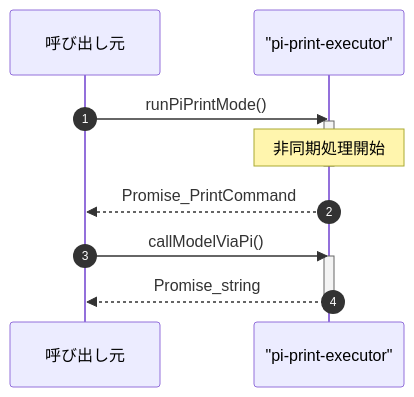
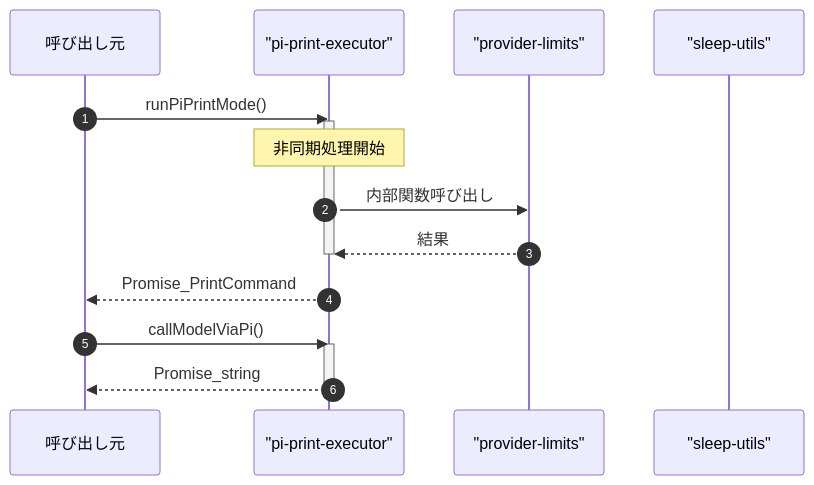
The fourth of 4 diagrams in ABDD/.pi/extensions/shared/pi-print-executor.md (Mekann2904/mekann), drawn with Mermaid before and after one commit. The commit also changed other lines of this file and 205 other files, not shown here.

````diff
--- a/ABDD/.pi/extensions/shared/pi-print-executor.md
+++ b/ABDD/.pi/extensions/shared/pi-print-executor.md
@@ -105,17 +157,21 @@
 ```mermaid
 sequenceDiagram
   autonumber
   participant Caller as 呼び出し元
   participant pi_print_executor as "pi-print-executor"
+  participant provider_limits as "provider-limits"
+  participant sleep_utils as "sleep-utils"
 
   Caller->>pi_print_executor: runPiPrintMode()
   activate pi_print_executor
   Note over pi_print_executor: 非同期処理開始
+  pi_print_executor->>provider_limits: 内部関数呼び出し
+  provider_limits-->>pi_print_executor: 結果
   deactivate pi_print_executor
   pi_print_executor-->>Caller: Promise_PrintCommand
 
   Caller->>pi_print_executor: callModelViaPi()
   activate pi_print_executor
   pi_print_executor-->>Caller: Promise_string
   deactivate pi_print_executor
 ```
````
